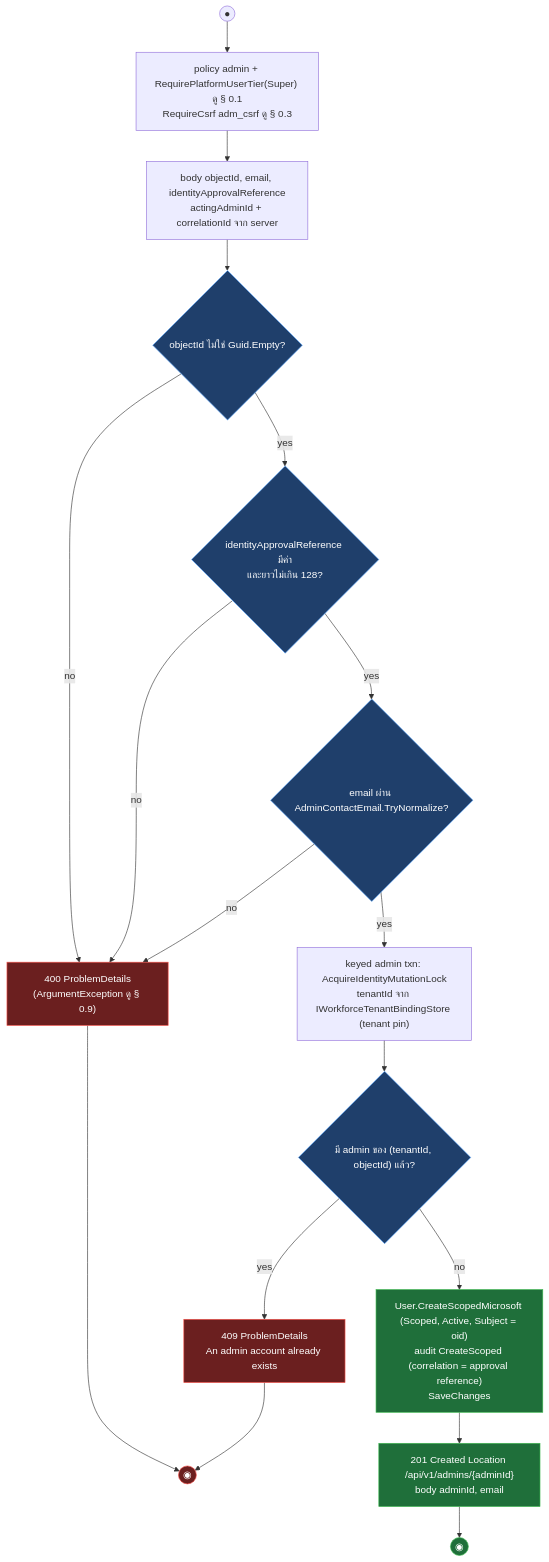
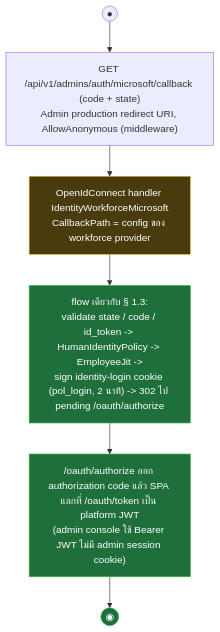
The diagram in outputs/diagrams/2026-09-14_api-endpoints_v1/08-admin-accounts-auth.activities.md (metrodiesign/pol-core), drawn with Mermaid before and after one commit. The commit also changed other lines of this file and 42 other files, not shown here.

First line of the commit message:
docs: align reference docs and the API diagram set with the Bearer-only admin plane

````diff
--- a/outputs/diagrams/2026-09-14_api-endpoints_v1/08-admin-accounts-auth.activities.md
+++ b/outputs/diagrams/2026-09-14_api-endpoints_v1/08-admin-accounts-auth.activities.md
@@ -202,26 +31,13 @@
 ```mermaid
 flowchart TD
-    START((●)) --> AUTHZ["policy admin + RequirePlatformUserTier(Super) ดู § 0.1<br/>RequireCsrf adm_csrf ดู § 0.3"]
-    AUTHZ --> BODY["body objectId, email, identityApprovalReference<br/>actingAdminId + correlationId จาก server"]
-    BODY --> V1{"objectId ไม่ใช่ Guid.Empty?"}
-    V1 -->|no| R400["400 ProblemDetails<br/>(ArgumentException ดู § 0.9)"]
-    V1 -->|yes| V2{"identityApprovalReference มีค่า<br/>และยาวไม่เกิน 128?"}
-    V2 -->|no| R400
-    V2 -->|yes| V3{"email ผ่าน AdminContactEmail.TryNormalize?"}
-    V3 -->|no| R400
-    V3 -->|yes| TXN["keyed admin txn: AcquireIdentityMutationLock<br/>tenantId จาก IWorkforceTenantBindingStore (tenant pin)"]
-    TXN --> DUP{"มี admin ของ (tenantId, objectId) แล้ว?"}
-    DUP -->|yes| R409["409 ProblemDetails<br/>An admin account already exists"]
-    DUP -->|no| CREATE["User.CreateScopedMicrosoft (Scoped, Active, Subject = oid)<br/>audit CreateScoped (correlation = approval reference)<br/>SaveChanges"]
-    CREATE --> R201["201 Created Location /api/v1/admins/{adminId}<br/>body adminId, email"]
-    R201 --> END_S((◉))
-    R400 --> END_F((◉))
-    R409 --> END_F
+    START((●)) --> CB["GET /api/v1/admins/auth/microsoft/callback (code + state)<br/>Admin production redirect URI, AllowAnonymous (middleware)"]
+    CB --> OIDC["OpenIdConnect handler IdentityWorkforceMicrosoft<br/>CallbackPath = config ของ workforce provider"]
+    OIDC --> FLOW["flow เดียวกับ § 1.3:<br/>validate state / code / id_token -> HumanIdentityPolicy -> EmployeeJit -><br/>sign identity-login cookie (pol_login, 2 นาที) -> 302 ไป pending /oauth/authorize"]
+    FLOW --> AZ["/oauth/authorize ออก authorization code แล้ว SPA แลกที่ /oauth/token เป็น platform JWT<br/>(admin console ใช้ Bearer JWT ไม่มี admin session cookie)"]
+    AZ --> END_S((◉))
 
     classDef ok fill:#1f6f3a,stroke:#3fb950,color:#fff
-    classDef fail fill:#6b1f1f,stroke:#f85149,color:#fff
-    classDef gate fill:#1f3f6b,stroke:#58a6ff,color:#fff
-    class CREATE,R201,END_S ok
-    class R400,R409,END_F fail
-    class V1,V2,V3,DUP gate
+    classDef ext fill:#4a3b0f,stroke:#e3b341,color:#fff
+    class FLOW,AZ,END_S ok
+    class OIDC ext
 ```
````
